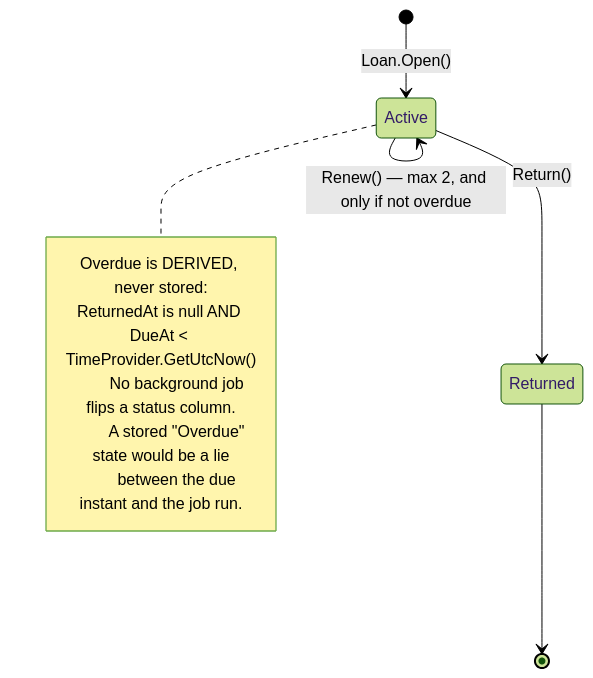
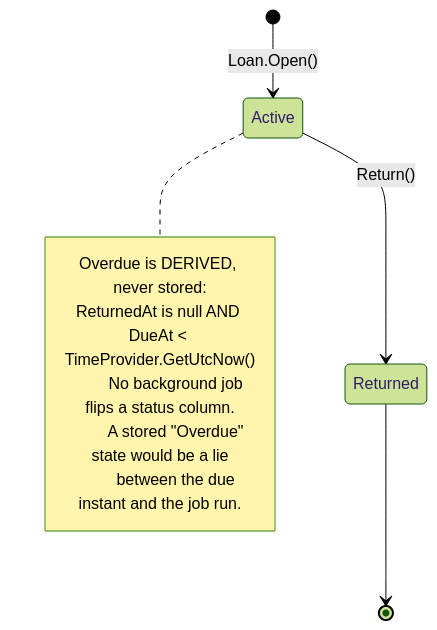
One commit to Nooziergg/library-loans-api changed the fourth of 7 diagrams in docs/ARCHITECTURE.md. Above: the diagram before and after it, drawn with Mermaid (forest theme). The commit also changed other lines of this file and 1 other file, not shown here.

````diff
--- a/docs/ARCHITECTURE.md
+++ b/docs/ARCHITECTURE.md
@@ -149,16 +166,15 @@
 ```mermaid
 stateDiagram-v2
     [*] --> Active: Loan.Open()
-    Active --> Active: Renew() — max 2, and only if not overdue
     Active --> Returned: Return()
     Returned --> [*]
 
     note right of Active
         Overdue is DERIVED, never stored:
         ReturnedAt is null AND DueAt &lt; TimeProvider.GetUtcNow()
 
         No background job flips a status column.
         A stored "Overdue" state would be a lie
         between the due instant and the job run.
     end note
 ```
````
